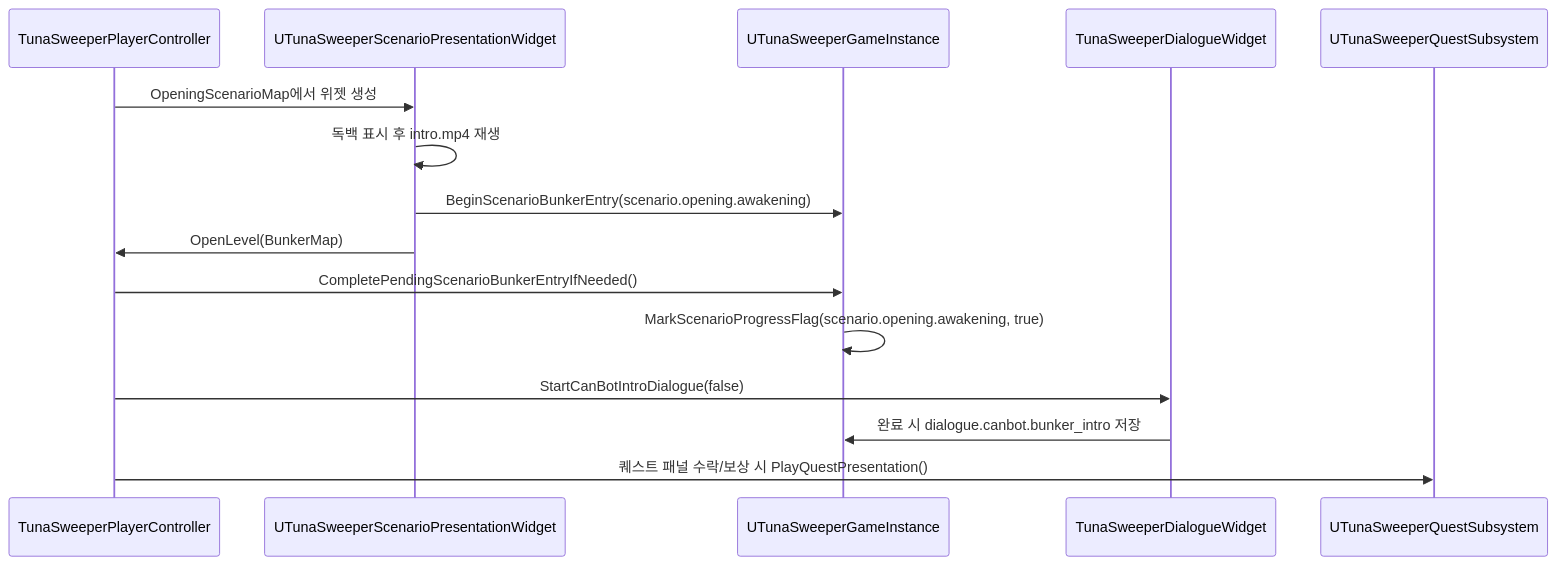
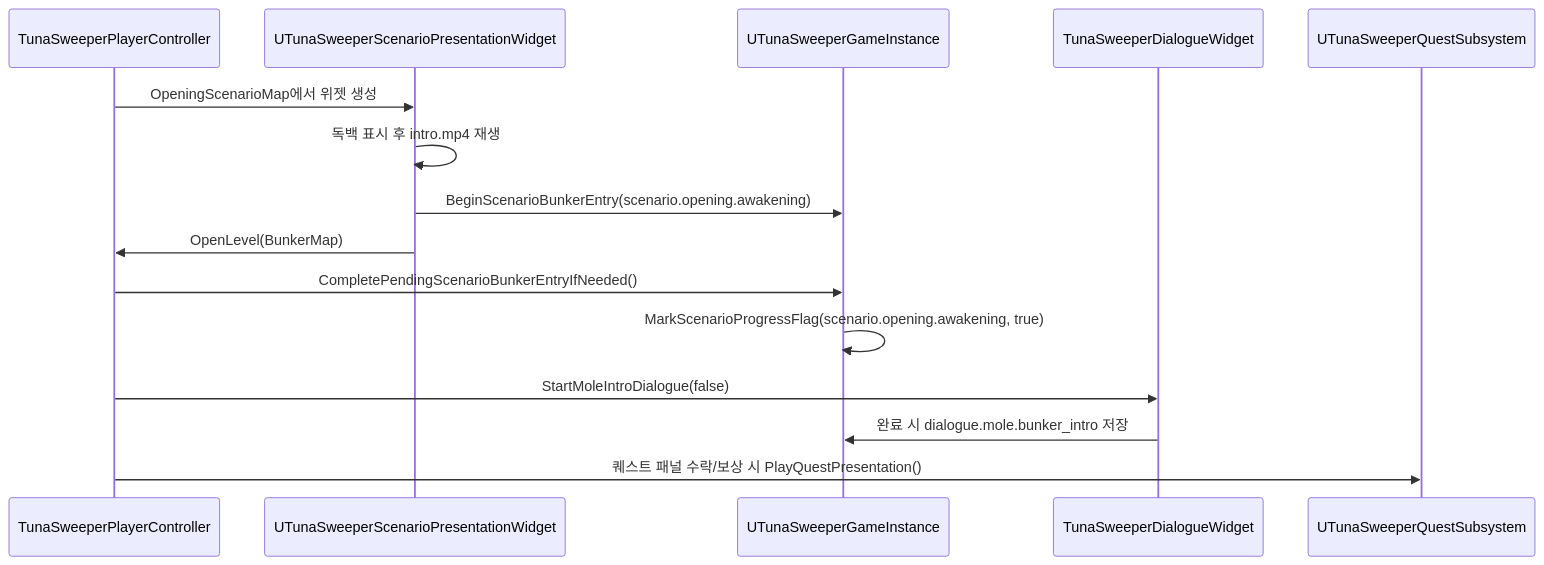
One commit to octopus7/extraction_shooter changed the second of 2 diagrams in Docs/quest_dialogue_scenario_flow.md. Above: the diagram before and after it, drawn with Mermaid. The commit also changed other lines of this file and 68 other files, not shown here.

````diff
--- a/Docs/quest_dialogue_scenario_flow.md
+++ b/Docs/quest_dialogue_scenario_flow.md
@@ -183,18 +183,18 @@
 ```mermaid
 sequenceDiagram
     participant PC as TunaSweeperPlayerController
     participant Scenario as UTunaSweeperScenarioPresentationWidget
     participant GI as UTunaSweeperGameInstance
     participant Dialogue as TunaSweeperDialogueWidget
     participant QS as UTunaSweeperQuestSubsystem
 
     PC->>Scenario: OpeningScenarioMap에서 위젯 생성
     Scenario->>Scenario: 독백 표시 후 intro.mp4 재생
     Scenario->>GI: BeginScenarioBunkerEntry(scenario.opening.awakening)
     Scenario->>PC: OpenLevel(BunkerMap)
     PC->>GI: CompletePendingScenarioBunkerEntryIfNeeded()
     GI->>GI: MarkScenarioProgressFlag(scenario.opening.awakening, true)
-    PC->>Dialogue: StartCanBotIntroDialogue(false)
-    Dialogue->>GI: 완료 시 dialogue.canbot.bunker_intro 저장
+    PC->>Dialogue: StartMoleIntroDialogue(false)
+    Dialogue->>GI: 완료 시 dialogue.mole.bunker_intro 저장
     PC->>QS: 퀘스트 패널 수락/보상 시 PlayQuestPresentation()
 ```
````
